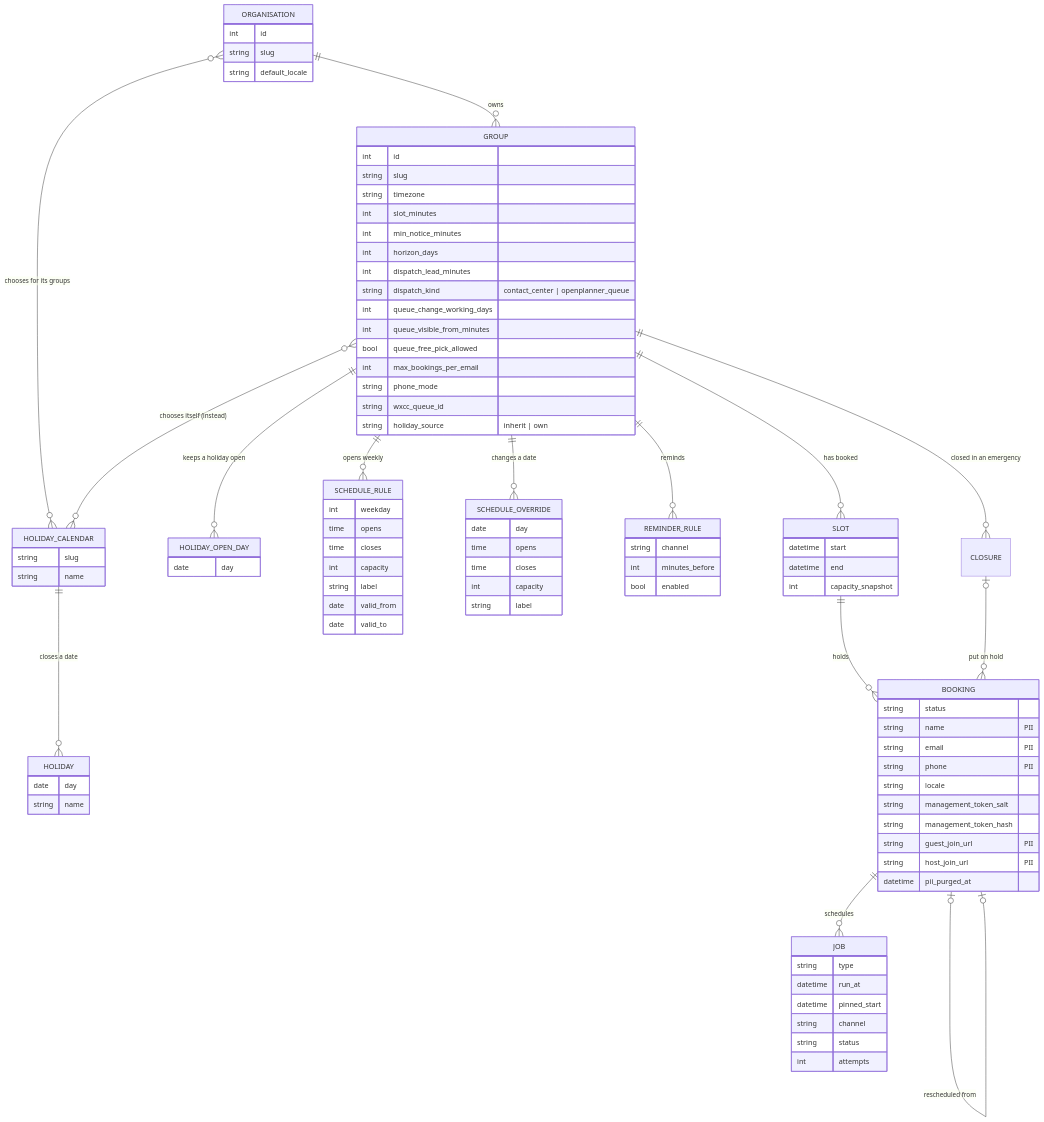
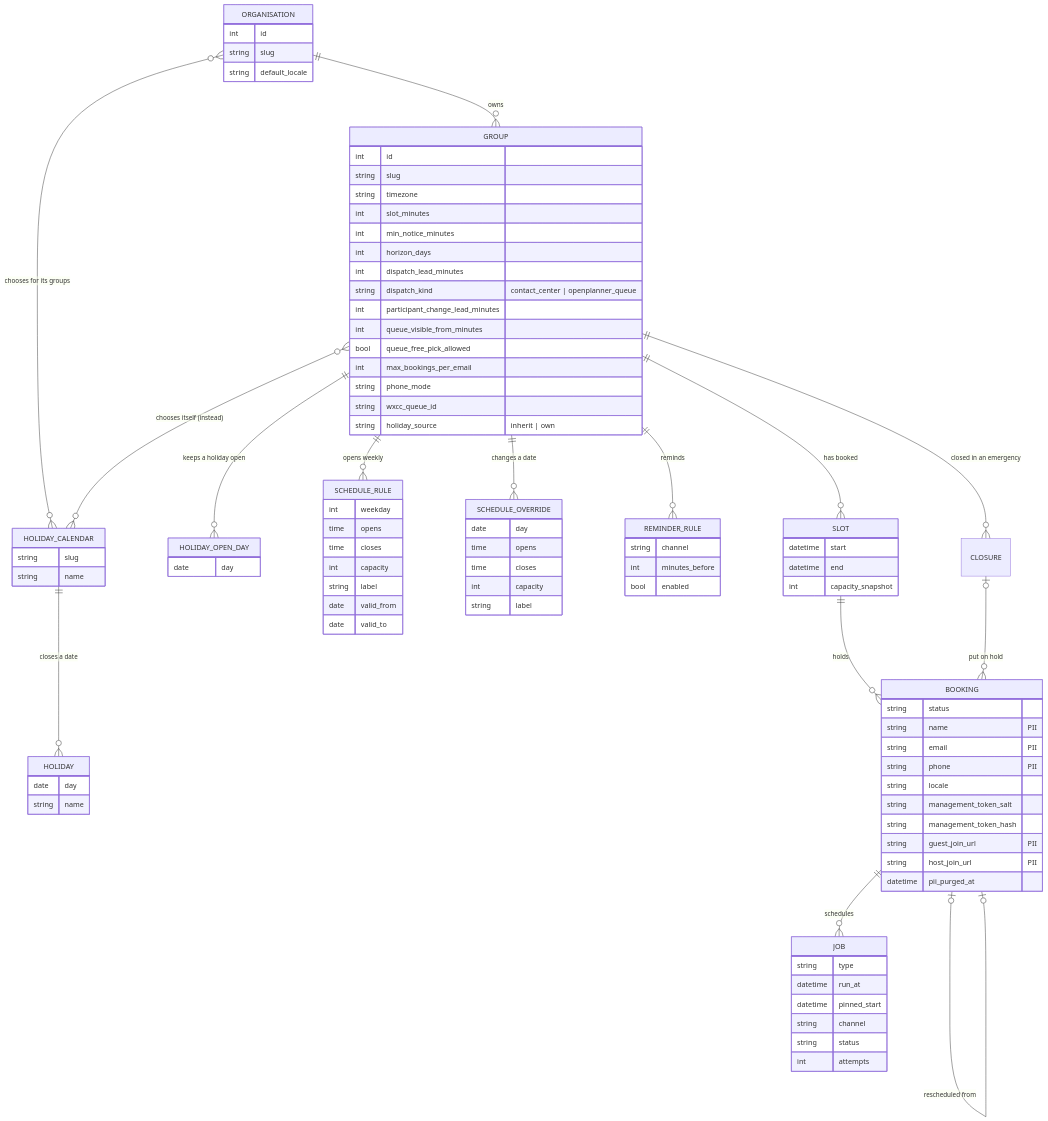
One commit to 3Corners-Labs/OpenPlanner changed the fifth of 14 diagrams in docs/architecture.md. Above: the diagram before and after it, drawn with Mermaid. The commit also changed other lines of this file and 18 other files, not shown here.

```diff
--- a/docs/architecture.md
+++ b/docs/architecture.md
@@ -313,7 +313,7 @@
         int horizon_days
         int dispatch_lead_minutes
         string dispatch_kind "contact_center | openplanner_queue"
-        int queue_change_working_days
+        int participant_change_lead_minutes
         int queue_visible_from_minutes
         bool queue_free_pick_allowed
         int max_bookings_per_email
```
